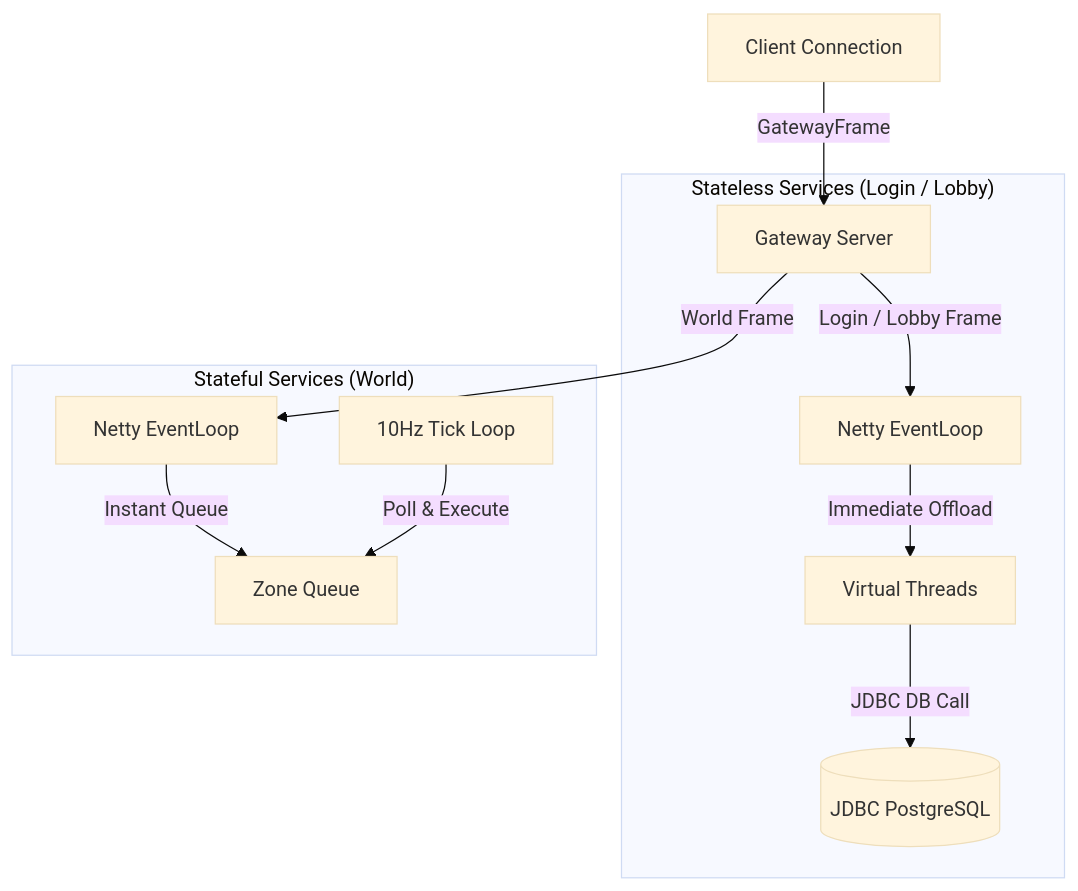
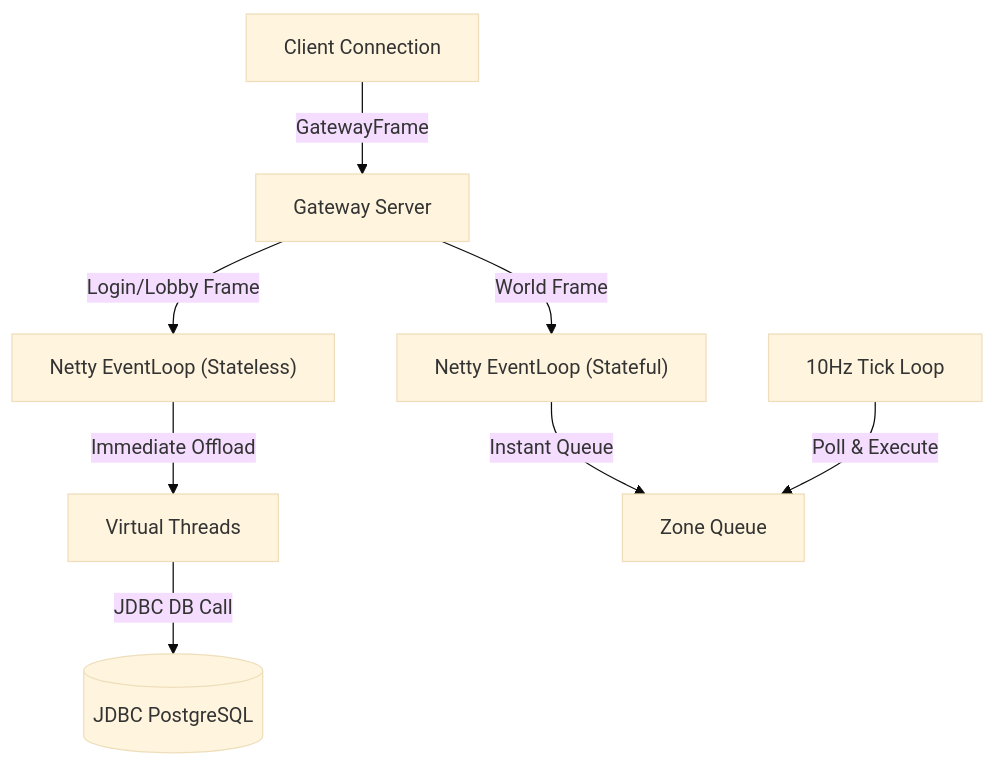
Before and after one commit to TheStackTraceWhisperer/catalyst: the diagram in analysis_results.md, drawn with Mermaid (base theme).

Commit message:
docs: remove subgraphs from architecture diagram for clarity

````diff
--- a/analysis_results.md
+++ b/analysis_results.md
@@ -29,16 +29,12 @@
 ```mermaid
 graph TD
     Client["Client Connection"] -->|GatewayFrame| GW["Gateway Server"]
     
-    subgraph "Stateless Services (Login / Lobby)"
-        GW -->|Login / Lobby Frame| NettyStateless["Netty EventLoop"]
-        NettyStateless -->|Immediate Offload| VT["Virtual Threads"]
-        VT -->|JDBC DB Call| DB[("JDBC PostgreSQL")]
-    end
-
-    subgraph "Stateful Services (World)"
-        GW -->|World Frame| NettyStateful["Netty EventLoop"]
-        NettyStateful -->|Instant Queue| Queue["Zone Queue"]
-        Loop["10Hz Tick Loop"] -->|Poll & Execute| Queue
-    end
+    GW -->|Login/Lobby Frame| NettyStateless["Netty EventLoop (Stateless)"]
+    NettyStateless -->|Immediate Offload| VT["Virtual Threads"]
+    VT -->|JDBC DB Call| DB[("JDBC PostgreSQL")]
+    
+    GW -->|World Frame| NettyStateful["Netty EventLoop (Stateful)"]
+    NettyStateful -->|Instant Queue| Queue["Zone Queue"]
+    Loop["10Hz Tick Loop"] -->|Poll & Execute| Queue
 ```
````
